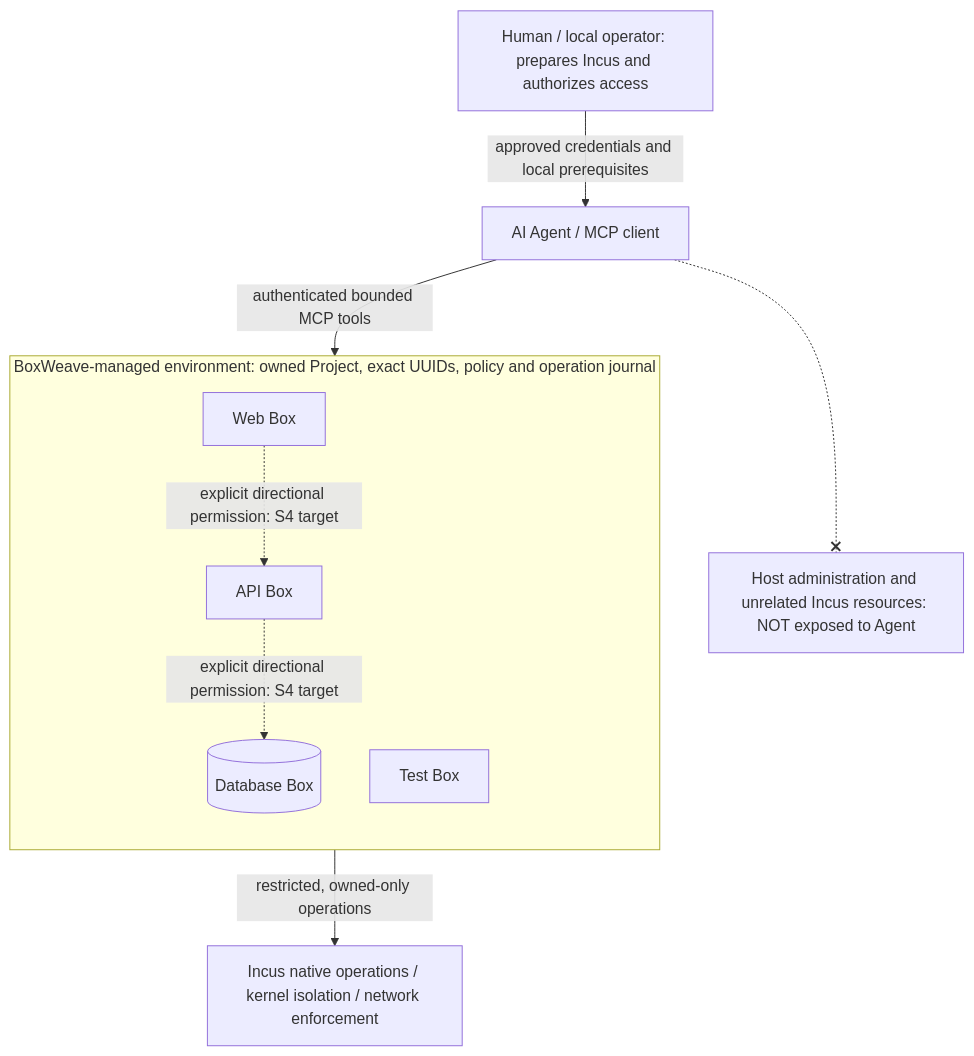
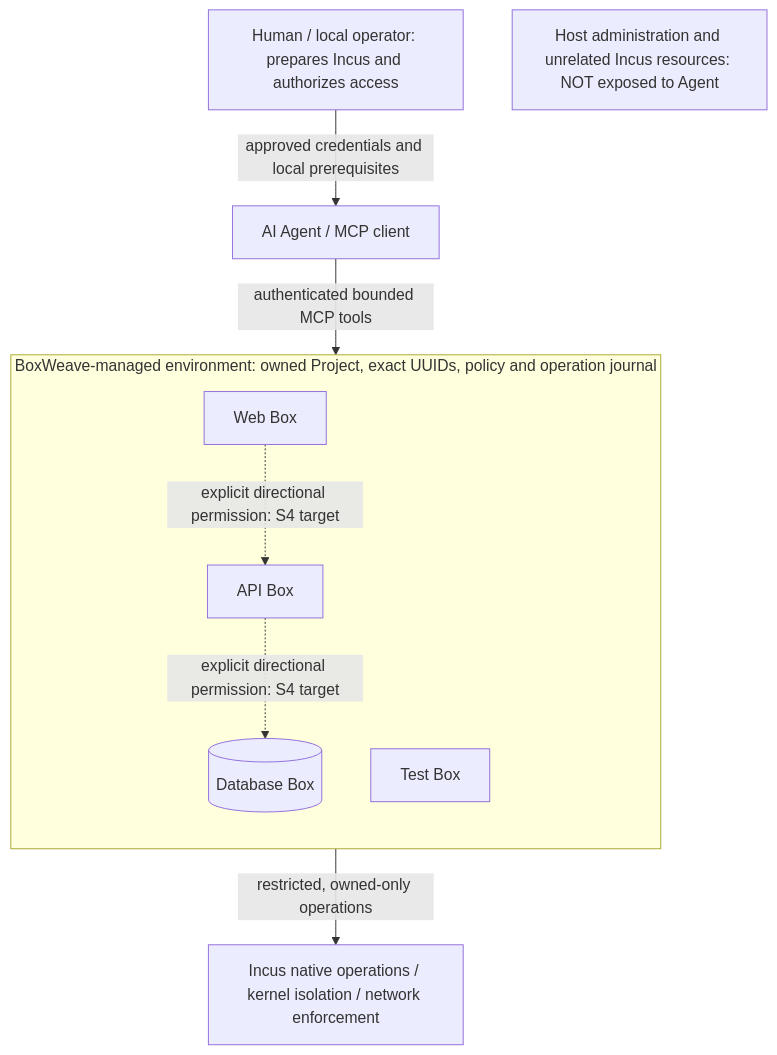
Before and after one commit to vanishs/boxweave: the diagram in docs/research/MULTI_BOX_PRODUCT_POSITIONING_NOTES_2026-11-16.md, drawn with Mermaid. The commit also changed other lines of this file, not shown here.

Commit message:
docs: clarify disconnected host boundary and source reference

````diff
--- a/docs/research/MULTI_BOX_PRODUCT_POSITIONING_NOTES_2026-11-16.md
+++ b/docs/research/MULTI_BOX_PRODUCT_POSITIONING_NOTES_2026-11-16.md
@@ -17,21 +17,19 @@
 ```mermaid
 flowchart TB
   human[Human / local operator: prepares Incus and authorizes access]
   agent[AI Agent / MCP client]
   human -->|approved credentials and local prerequisites| agent
   agent -->|authenticated bounded MCP tools| bw
   subgraph bw[BoxWeave-managed environment: owned Project, exact UUIDs, policy and operation journal]
     direction TB
     web[Web Box]
     api[API Box]
     db[(Database Box)]
     test[Test Box]
     web -.->|explicit directional permission: S4 target| api
     api -.->|explicit directional permission: S4 target| db
-    test
   end
   incus[Incus native operations / kernel isolation / network enforcement]
   bw -->|restricted, owned-only operations| incus
   host[Host administration and unrelated Incus resources: NOT exposed to Agent]
-  agent -.-x host
 ```
````
